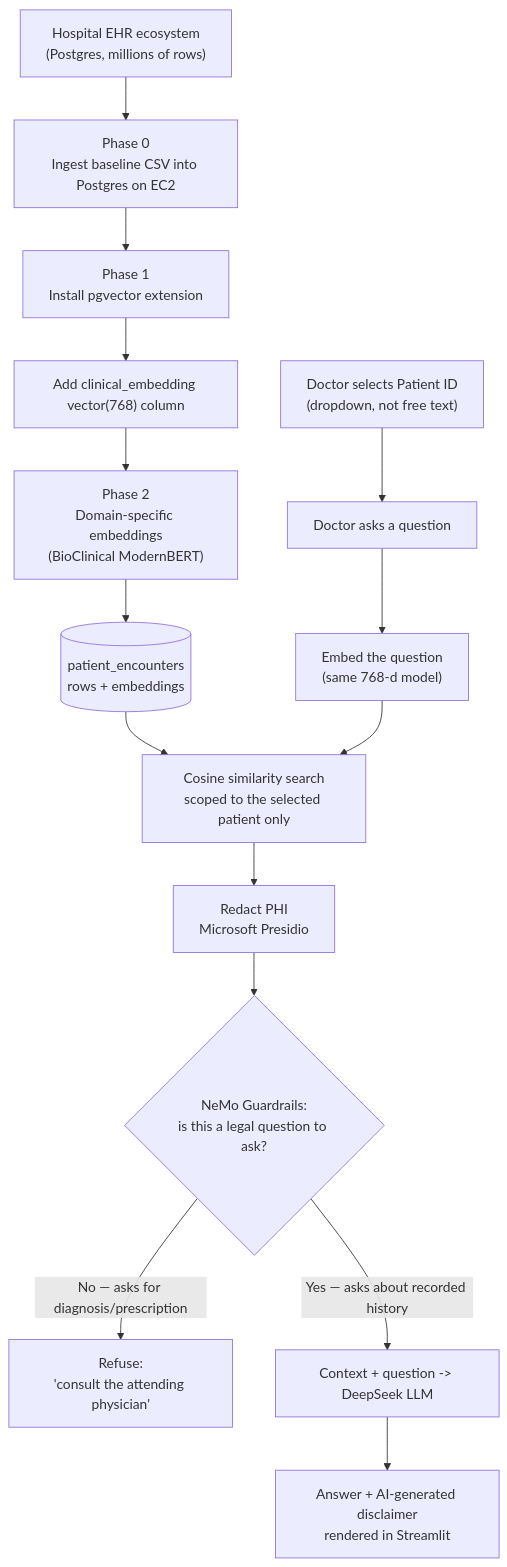
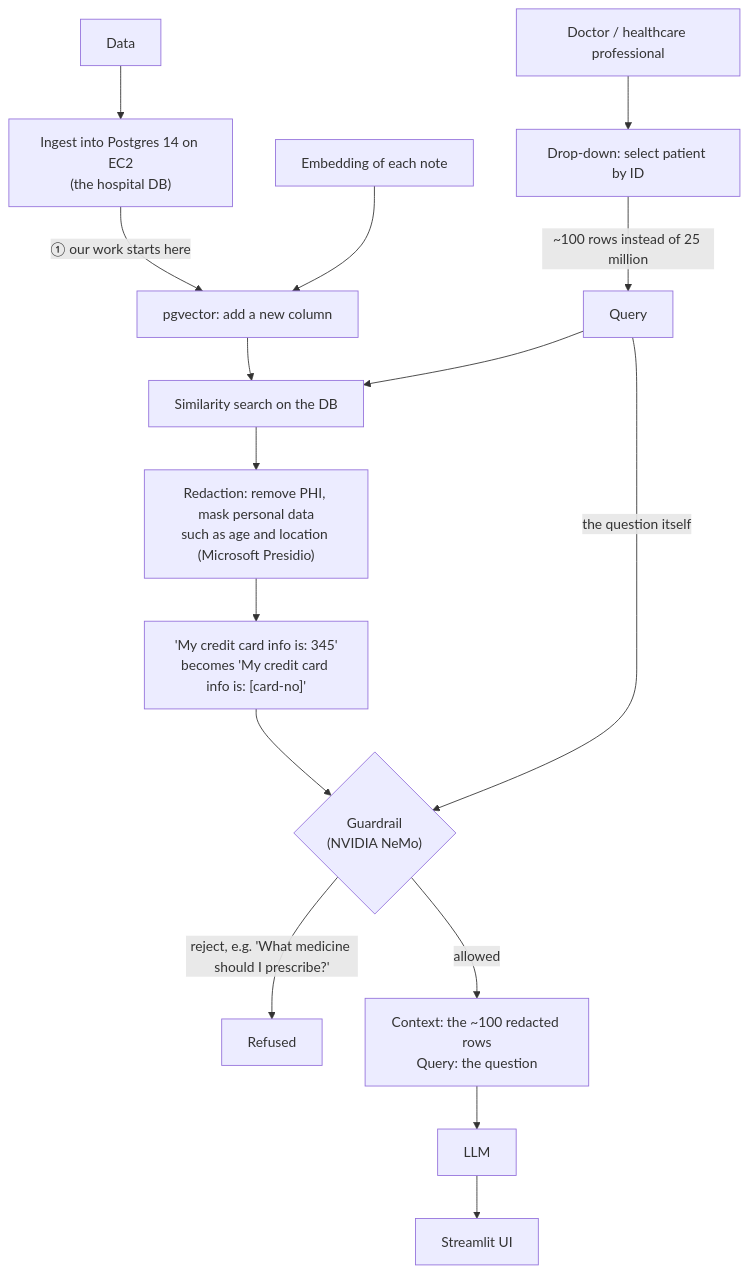
The third of 17 diagrams in docs/projects/secure-ehr-insight/01-live-implementation.md (sumanth-tp/learn-ai-ml), drawn with Mermaid before and after one commit. The commit also changed other lines of this file and 10 other files, not shown here.

````diff
--- a/docs/projects/secure-ehr-insight/01-live-implementation.md
+++ b/docs/projects/secure-ehr-insight/01-live-implementation.md
@@ -124,18 +171,17 @@
 ```mermaid
 flowchart TB
-    A["Hospital EHR ecosystem<br/>(Postgres, millions of rows)"] --> B["Phase 0<br/>Ingest baseline CSV into Postgres on EC2"]
-    B --> C["Phase 1<br/>Install pgvector extension"]
-    C --> D["Add clinical_embedding vector(768) column"]
-    D --> E["Phase 2<br/>Domain-specific embeddings<br/>(BioClinical ModernBERT)"]
-    E --> F[("patient_encounters<br/>rows + embeddings")]
-
-    G["Doctor selects Patient ID<br/>(dropdown, not free text)"] --> H["Doctor asks a question"]
-    H --> I["Embed the question<br/>(same 768-d model)"]
-    F --> J["Cosine similarity search<br/>scoped to the selected patient only"]
-    I --> J
-    J --> K["Redact PHI<br/>Microsoft Presidio"]
-    K --> L{"NeMo Guardrails:<br/>is this a legal question to ask?"}
-    L -->|"No — asks for diagnosis/prescription"| M["Refuse:<br/>'consult the attending physician'"]
-    L -->|"Yes — asks about recorded history"| N["Context + question -> DeepSeek LLM"]
-    N --> O["Answer + AI-generated disclaimer<br/>rendered in Streamlit"]
+    D["Data"] --> ING["Ingest into Postgres 14 on EC2<br/>(the hospital DB)"]
+    ING -->|"① our work starts here"| PGV["pgvector: add a new column"]
+    EMB["Embedding of each note"] --> PGV
+    DOC["Doctor / healthcare professional"] --> DD["Drop-down: select patient by ID"]
+    DD -->|"~100 rows instead of 25 million"| Q["Query"]
+    PGV --> S["Similarity search on the DB"]
+    Q --> S
+    S --> RED["Redaction: remove PHI, mask personal data<br/>such as age and location (Microsoft Presidio)"]
+    RED --> EX["'My credit card info is: 345'<br/>becomes 'My credit card info is: [card-no]'"]
+    Q -->|"the question itself"| G{"Guardrail<br/>(NVIDIA NeMo)"}
+    EX --> G
+    G -->|"reject, e.g. 'What medicine should I prescribe?'"| REJ["Refused"]
+    G -->|"allowed"| CTX["Context: the ~100 redacted rows<br/>Query: the question"]
+    CTX --> LLM["LLM"] --> UI["Streamlit UI"]
 ```
````
